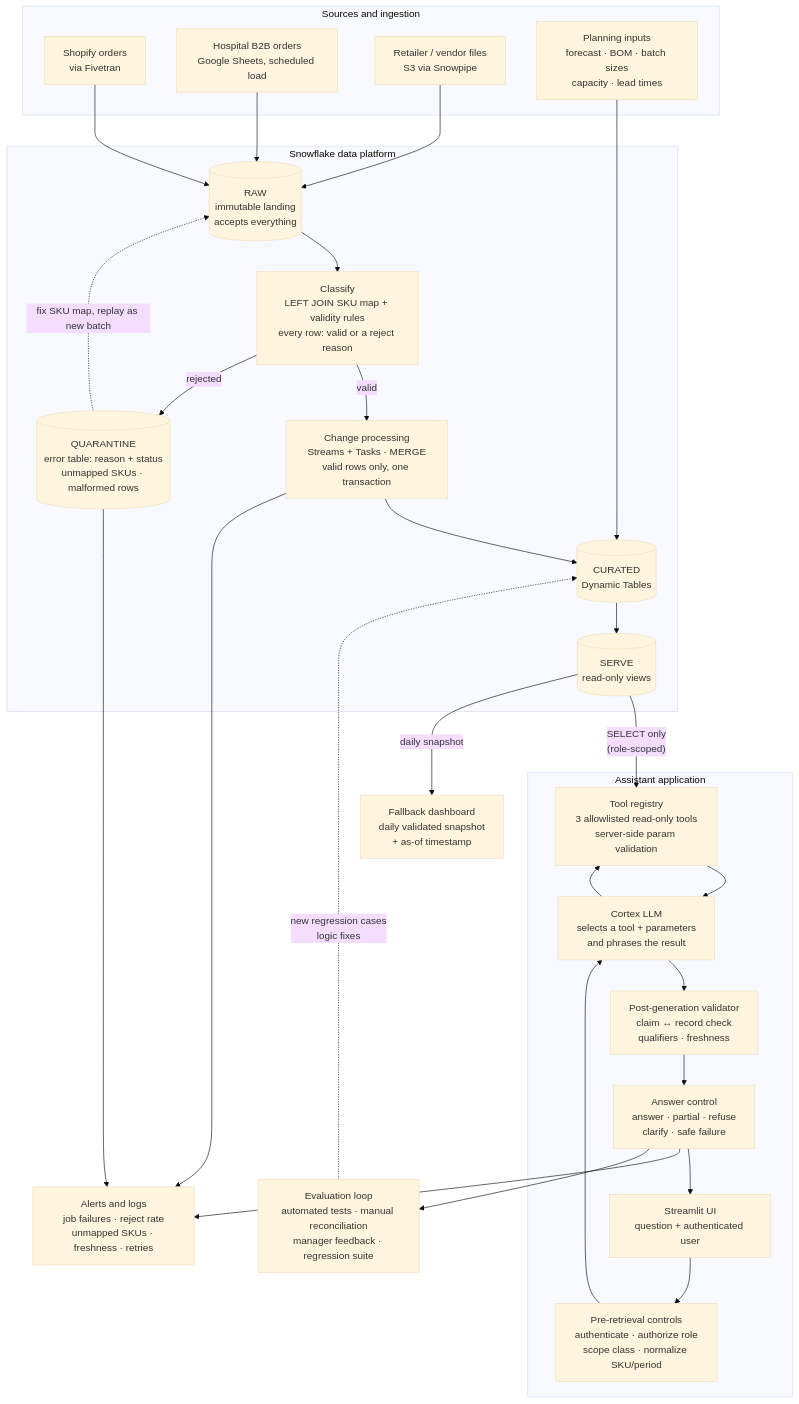
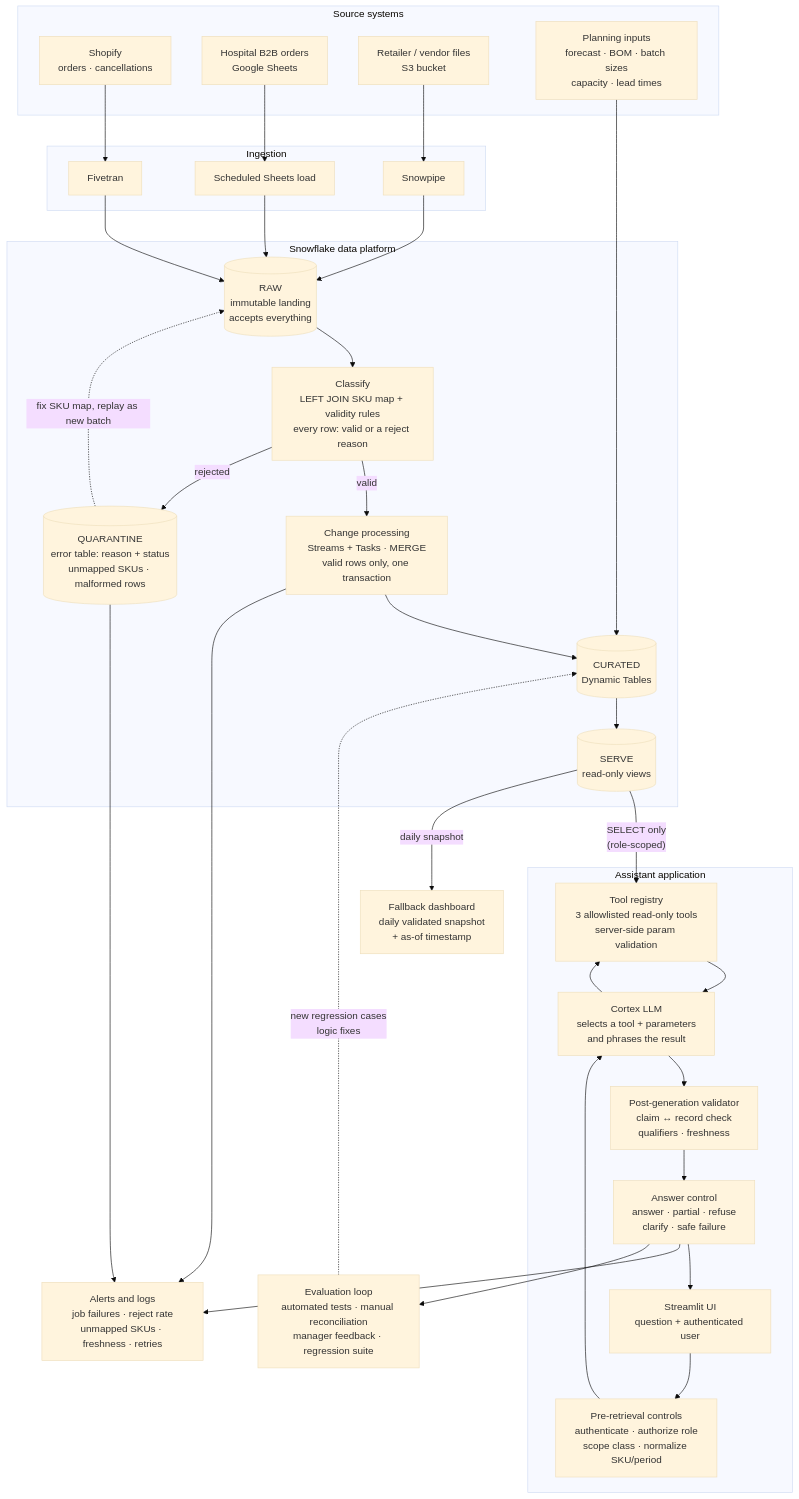
Before and after one commit to rameenft/ai-operations-assistant: the second of 2 diagrams in README.md, drawn with Mermaid (base theme). The commit also changed 1 other file, not shown here.

Commit message:
Restore ingestion as its own tier in the component diagram

````diff
--- a/README.md
+++ b/README.md
@@ -110,50 +110,56 @@
 ```mermaid
 flowchart TB
-    subgraph SRC["Sources and ingestion"]
-        S1["Shopify orders<br/>via Fivetran"]
-        S2["Hospital B2B orders<br/>Google Sheets, scheduled load"]
-        S3["Retailer / vendor files<br/>S3 via Snowpipe"]
+    subgraph SRC["Source systems"]
+        S1["Shopify<br/>orders · cancellations"]
+        S2["Hospital B2B orders<br/>Google Sheets"]
+        S3["Retailer / vendor files<br/>S3 bucket"]
         S4["Planning inputs<br/>forecast · BOM · batch sizes<br/>capacity · lead times"]
+    end
+
+    subgraph ING["Ingestion"]
+        I1["Fivetran"]
+        I2["Scheduled Sheets load"]
+        I3["Snowpipe"]
     end
 
     subgraph SF["Snowflake data platform"]
         RAW[("RAW<br/>immutable landing<br/>accepts everything")]
         CLS["Classify<br/>LEFT JOIN SKU map + validity rules<br/>every row: valid or a reject reason"]
         QUA[("QUARANTINE<br/>error table: reason + status<br/>unmapped SKUs · malformed rows")]
         CHG["Change processing<br/>Streams + Tasks · MERGE<br/>valid rows only, one transaction"]
         CUR[("CURATED<br/>Dynamic Tables")]
         SERVE[("SERVE<br/>read-only views")]
         RAW --> CLS
         CLS -- valid --> CHG --> CUR --> SERVE
         CLS -- rejected --> QUA
         QUA -. "fix SKU map, replay as new batch" .-> RAW
     end
 
     subgraph APP["Assistant application"]
         UI["Streamlit UI<br/>question + authenticated user"]
         PRE["Pre-retrieval controls<br/>authenticate · authorize role<br/>scope class · normalize SKU/period"]
         LLM["Cortex LLM<br/>selects a tool + parameters<br/>and phrases the result"]
         REG["Tool registry<br/>3 allowlisted read-only tools<br/>server-side param validation"]
         GATE["Post-generation validator<br/>claim ↔ record check<br/>qualifiers · freshness"]
         ANS["Answer control<br/>answer · partial · refuse<br/>clarify · safe failure"]
         UI --> PRE --> LLM --> REG
         REG --> LLM
         LLM --> GATE --> ANS --> UI
     end
 
     DASH["Fallback dashboard<br/>daily validated snapshot<br/>+ as-of timestamp"]
     OPS["Alerts and logs<br/>job failures · reject rate<br/>unmapped SKUs · freshness · retries"]
     EVAL["Evaluation loop<br/>automated tests · manual reconciliation<br/>manager feedback · regression suite"]
 
-    S1 --> RAW
-    S2 --> RAW
-    S3 --> RAW
+    S1 --> I1 --> RAW
+    S2 --> I2 --> RAW
+    S3 --> I3 --> RAW
     S4 --> CUR
     SERVE -- "SELECT only<br/>(role-scoped)" --> REG
     SERVE -- "daily snapshot" --> DASH
     QUA --> OPS
     CHG --> OPS
     ANS --> OPS
     ANS --> EVAL
     EVAL -. "new regression cases<br/>logic fixes" .-> CUR
 ```
````
